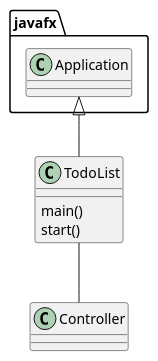
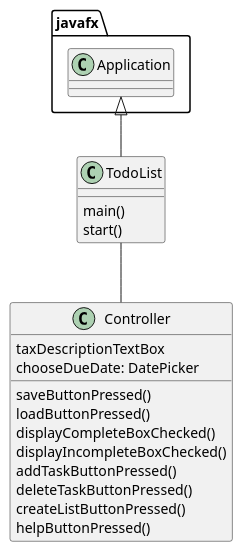
Before and after one commit to Kmullens1/mullens-cop3330-assignment4part2: the diagram in uml/PlantUML.puml, drawn with PlantUML. The commit also changed 7 other files, not shown here.

Commit message:
Updates: Can now run and SceneBuilder stuff loads TestCases have been set up for future reference UML Diagram has been updated Many classes have been created

```diff
--- a/uml/PlantUML.puml
+++ b/uml/PlantUML.puml
@@ -1,16 +1,27 @@
 @startuml
 'https://plantuml.com/class-diagram
 
 class TodoList {
     main()
     start()
 }
 
 class Controller{
+    taxDescriptionTextBox
+    chooseDueDate: DatePicker
+
+    saveButtonPressed()
+    loadButtonPressed()
+    displayCompleteBoxChecked()
+    displayIncompleteBoxChecked()
+    addTaskButtonPressed()
+    deleteTaskButtonPressed()
+    createListButtonPressed()
+    helpButtonPressed()
 }
 
 javafx.Application <|-- TodoList
 
 TodoList -- Controller
 
 @enduml
```
